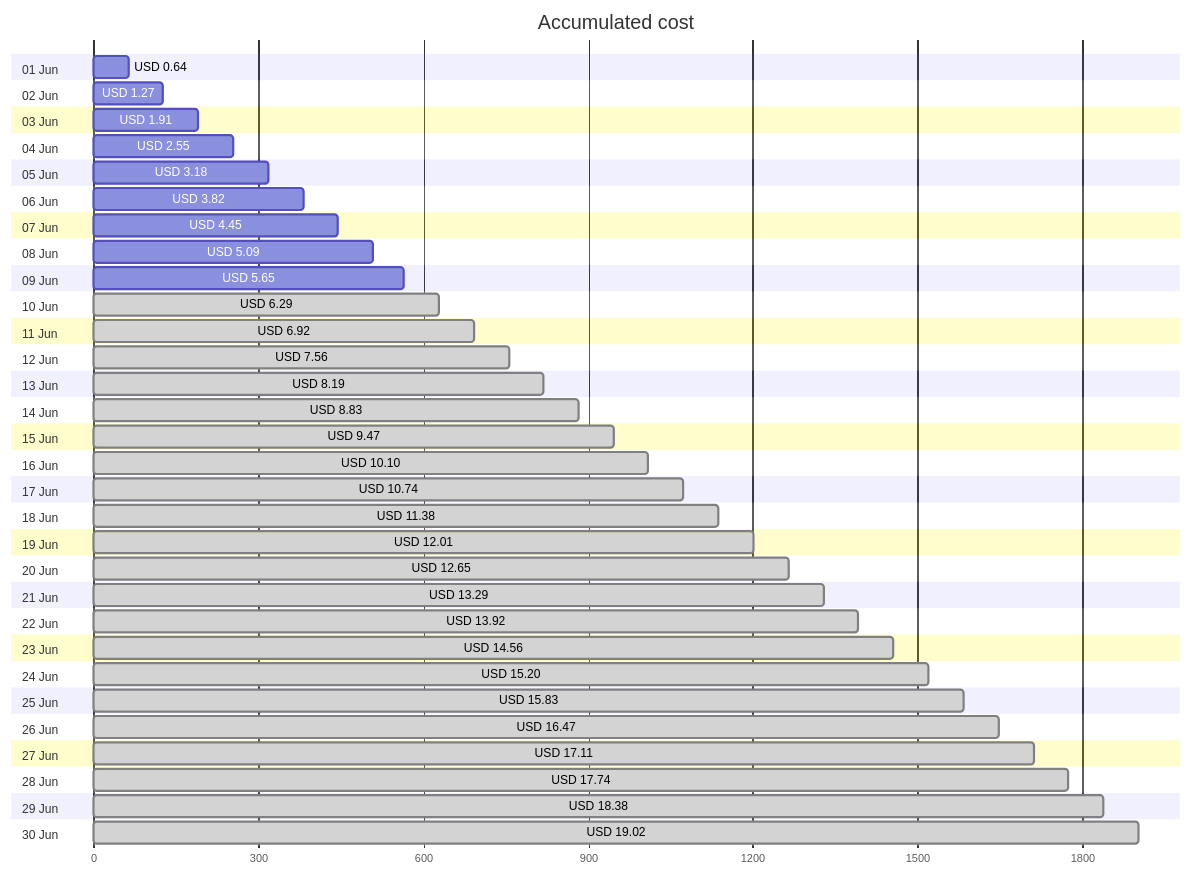
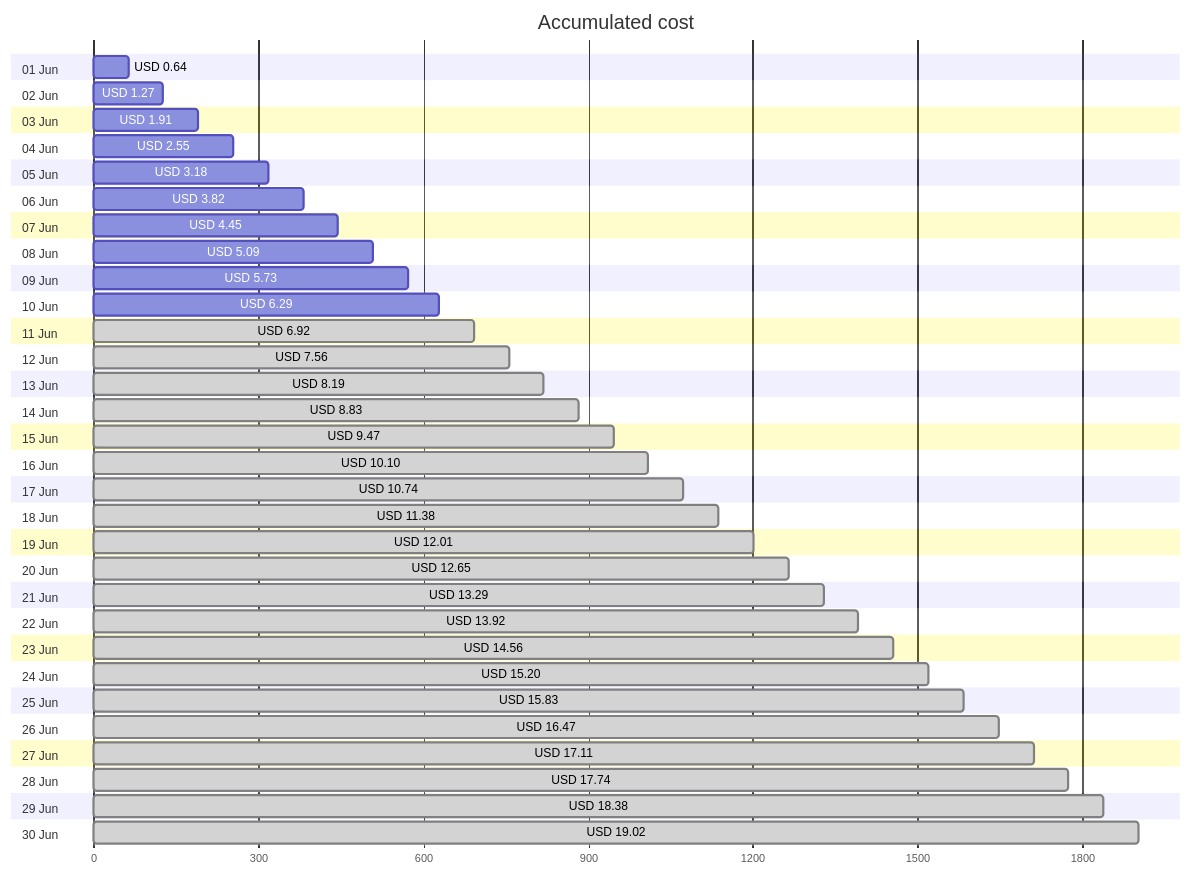
The first of 4 diagrams in cost-reports/accumulated-cost.md (jpfulton/azure-personal-reports), drawn with Mermaid before and after one commit. The commit also changed other lines of this file and 4 other files, not shown here.

````diff
--- a/cost-reports/accumulated-cost.md
+++ b/cost-reports/accumulated-cost.md
@@ -20,66 +20,66 @@
 ```mermaid
 gantt
    title Accumulated cost
    dateFormat  X
    axisFormat %s
    section 01 Jun
    USD 0.64 :0, 64
    section 02 Jun
    USD 1.27 :0, 127
    section 03 Jun
    USD 1.91 :0, 191
    section 04 Jun
    USD 2.55 :0, 255
    section 05 Jun
    USD 3.18 :0, 318
    section 06 Jun
    USD 3.82 :0, 382
    section 07 Jun
    USD 4.45 :0, 445
    section 08 Jun
    USD 5.09 :0, 509
    section 09 Jun
-   USD 5.65 :0, 565
+   USD 5.73 :0, 573
    section 10 Jun
-   USD 6.29 : done, 0, 629
+   USD 6.29 :0, 629
    section 11 Jun
    USD 6.92 : done, 0, 692
    section 12 Jun
    USD 7.56 : done, 0, 756
    section 13 Jun
    USD 8.19 : done, 0, 819
    section 14 Jun
    USD 8.83 : done, 0, 883
    section 15 Jun
    USD 9.47 : done, 0, 947
    section 16 Jun
    USD 10.10 : done, 0, 1010
    section 17 Jun
    USD 10.74 : done, 0, 1074
    section 18 Jun
    USD 11.38 : done, 0, 1138
    section 19 Jun
    USD 12.01 : done, 0, 1201
    section 20 Jun
    USD 12.65 : done, 0, 1265
    section 21 Jun
    USD 13.29 : done, 0, 1329
    section 22 Jun
    USD 13.92 : done, 0, 1392
    section 23 Jun
    USD 14.56 : done, 0, 1456
    section 24 Jun
    USD 15.20 : done, 0, 1520
    section 25 Jun
    USD 15.83 : done, 0, 1583
    section 26 Jun
    USD 16.47 : done, 0, 1647
    section 27 Jun
    USD 17.11 : done, 0, 1711
    section 28 Jun
    USD 17.74 : done, 0, 1774
    section 29 Jun
    USD 18.38 : done, 0, 1838
    section 30 Jun
    USD 19.02 : done, 0, 1902
 ```
````
